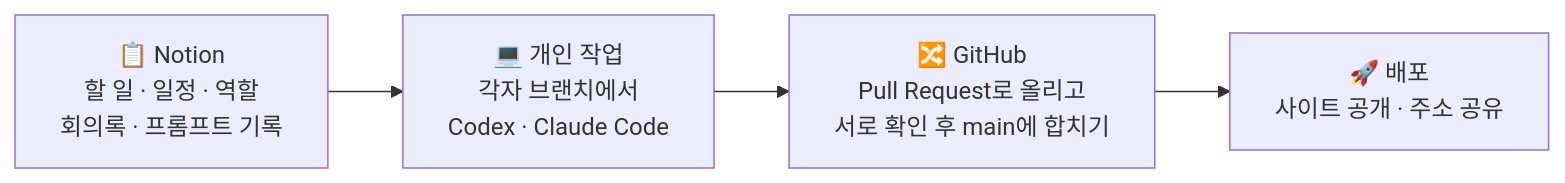
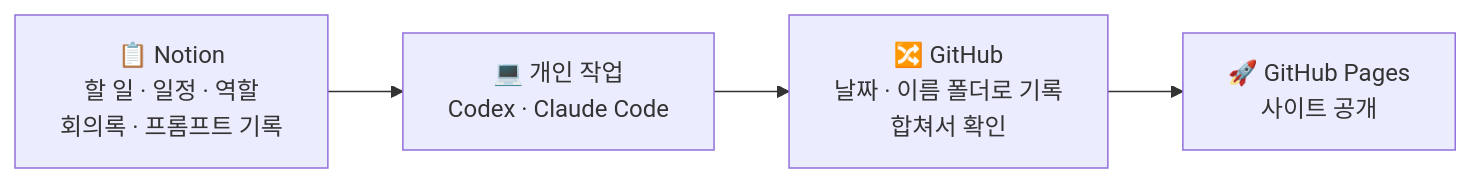
Before and after one commit to kimsoyeon-saovia/ksy999: the third of 3 diagrams in README.md, drawn with Mermaid. The commit also changed other lines of this file and 12 other files, not shown here.

````diff
--- a/README.md
+++ b/README.md
@@ -225,6 +323,6 @@
 ```mermaid
 flowchart LR
-    A["📋 Notion<br>할 일 · 일정 · 역할<br>회의록 · 프롬프트 기록"] --> B["💻 개인 작업<br>각자 브랜치에서<br>Codex · Claude Code"]
-    B --> C["🔀 GitHub<br>Pull Request로 올리고<br>서로 확인 후 main에 합치기"]
-    C --> D["🚀 배포<br>사이트 공개 · 주소 공유"]
+    A["📋 Notion<br>할 일 · 일정 · 역할<br>회의록 · 프롬프트 기록"] --> B["💻 개인 작업<br>Codex · Claude Code"]
+    B --> C["🔀 GitHub<br>날짜 · 이름 폴더로 기록<br>합쳐서 확인"]
+    C --> D["🚀 GitHub Pages<br>사이트 공개"]
 ```
````
